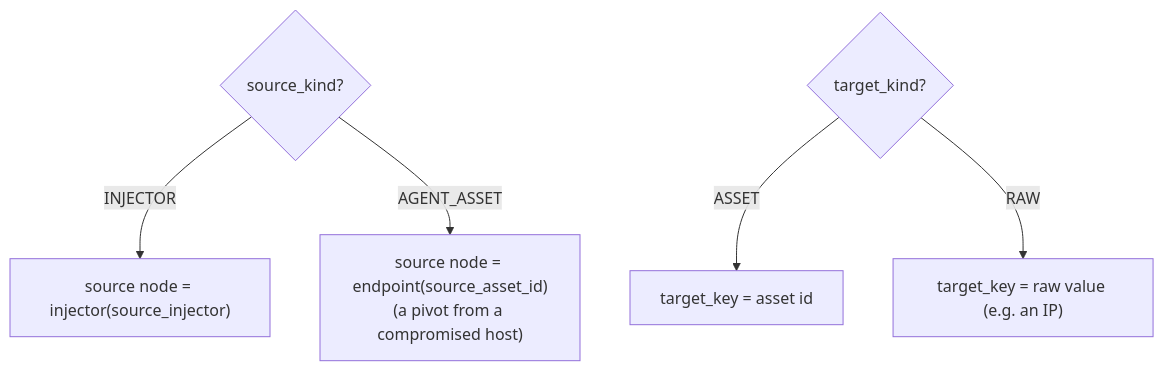
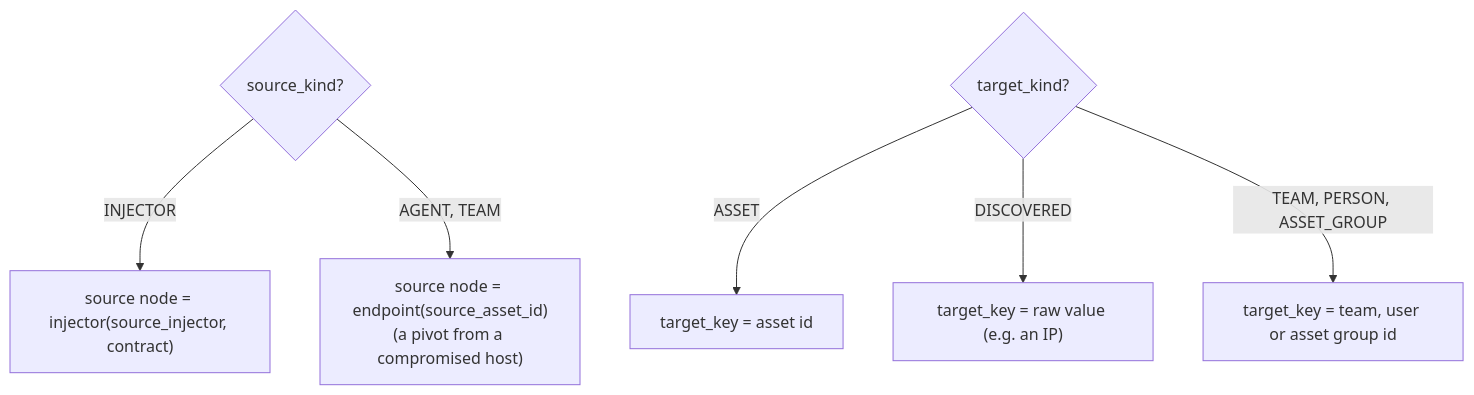
The fourth of 6 diagrams in docs/docs/development/attack-path.md (OpenBAS-Platform/openbas), drawn with Mermaid before and after one commit. The commit also changed other lines of this file, not shown here.

````diff
--- a/docs/docs/development/attack-path.md
+++ b/docs/docs/development/attack-path.md
@@ -143,9 +151,10 @@
 ```mermaid
 flowchart TB
     S{"source_kind?"}
-    S -->|INJECTOR| SI["source node = injector(source_injector)"]
-    S -->|AGENT_ASSET| SA["source node = endpoint(source_asset_id)<br/>(a pivot from a compromised host)"]
+    S -->|INJECTOR| SI["source node = injector(source_injector, contract)"]
+    S -->|AGENT, TEAM| SA["source node = endpoint(source_asset_id)<br/>(a pivot from a compromised host)"]
     T{"target_kind?"}
     T -->|ASSET| TA["target_key = asset id"]
-    T -->|RAW| TR["target_key = raw value (e.g. an IP)"]
+    T -->|DISCOVERED| TR["target_key = raw value (e.g. an IP)"]
+    T -->|TEAM, PERSON, ASSET_GROUP| TO["target_key = team, user or asset group id"]
 ```
````
